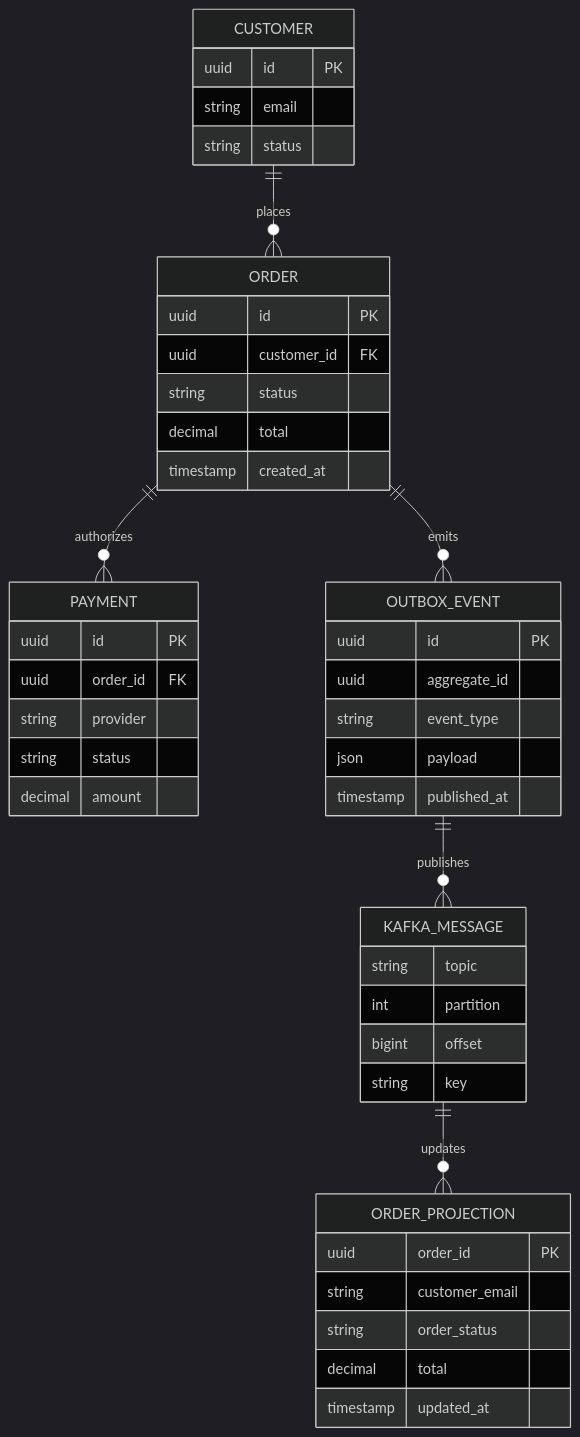
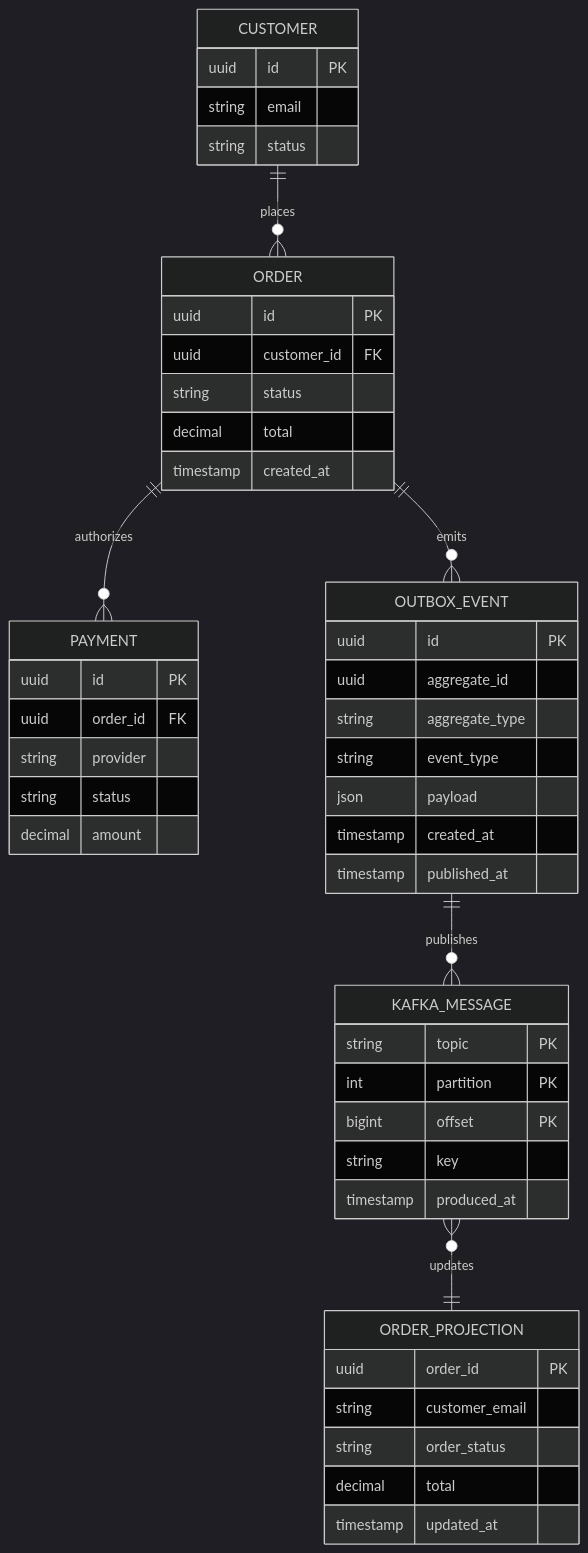
Before and after one commit to wcygan/dotfiles: the diagram in config/codex/skills/mermaid-diagrams/examples/erd-commerce-events.mmd, drawn with Mermaid (dark theme). The commit also changed 3 other files, not shown here.

Commit message:
docs: polish mermaid diagram examples

```diff
--- a/config/codex/skills/mermaid-diagrams/examples/erd-commerce-events.mmd
+++ b/config/codex/skills/mermaid-diagrams/examples/erd-commerce-events.mmd
@@ -1,51 +1,54 @@
 erDiagram
     CUSTOMER ||--o{ ORDER : places
     ORDER ||--o{ PAYMENT : authorizes
     ORDER ||--o{ OUTBOX_EVENT : emits
     OUTBOX_EVENT ||--o{ KAFKA_MESSAGE : publishes
-    KAFKA_MESSAGE ||--o{ ORDER_PROJECTION : updates
+    KAFKA_MESSAGE }o--|| ORDER_PROJECTION : updates
 
     CUSTOMER {
         uuid id PK
         string email
         string status
     }
 
     ORDER {
         uuid id PK
         uuid customer_id FK
         string status
         decimal total
         timestamp created_at
     }
 
     PAYMENT {
         uuid id PK
         uuid order_id FK
         string provider
         string status
         decimal amount
     }
 
     OUTBOX_EVENT {
         uuid id PK
         uuid aggregate_id
+        string aggregate_type
         string event_type
         json payload
+        timestamp created_at
         timestamp published_at
     }
 
     KAFKA_MESSAGE {
-        string topic
-        int partition
-        bigint offset
+        string topic PK
+        int partition PK
+        bigint offset PK
         string key
+        timestamp produced_at
     }
 
     ORDER_PROJECTION {
         uuid order_id PK
         string customer_email
         string order_status
         decimal total
         timestamp updated_at
     }
```
